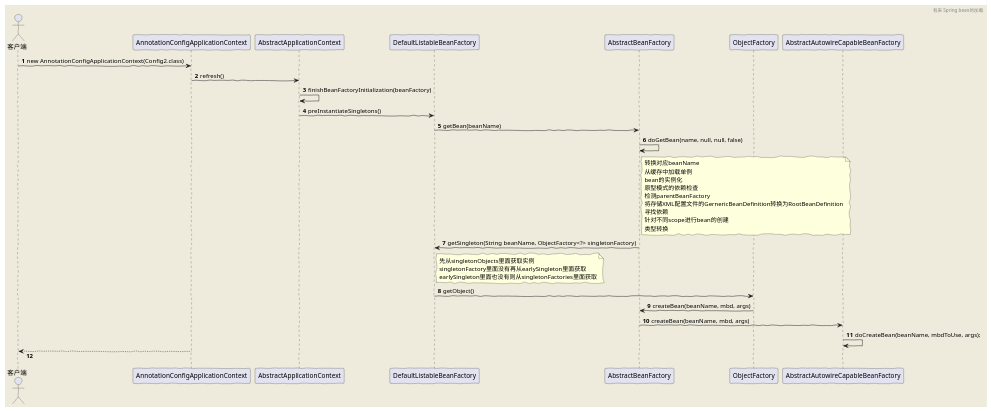
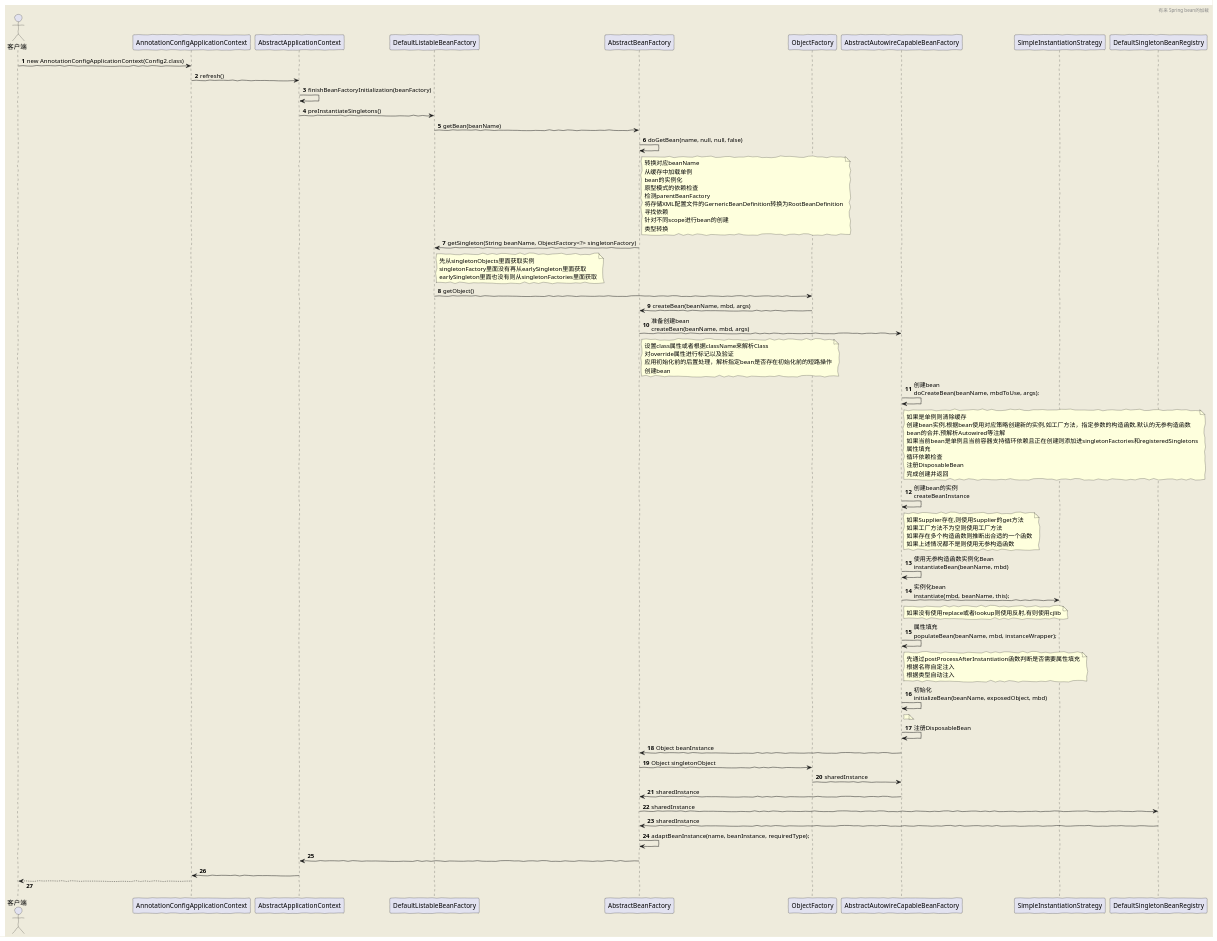
Before and after one commit to youlaitech/youlai-mall: the diagram in youlai-laboratory/src/main/java/com/youlai/laboratory/spring/bean/getBean.puml, drawn with PlantUML.

Commit message:
fix(youlai-laboratory-spring): 修改getBean流程图2
修改getBean流程图2

```diff
--- a/youlai-laboratory/src/main/java/com/youlai/laboratory/spring/bean/getBean.puml
+++ b/youlai-laboratory/src/main/java/com/youlai/laboratory/spring/bean/getBean.puml
@@ -2,44 +2,97 @@
 @startuml
 autonumber
 'https://plantuml.com/sequence-diagram
 skinparam backgroundColor #EEEBDC
 skinparam handwritten true
 skinparam responseMessageBelowArrow true
 header 有来 Spring bean的加载
 
 actor 客户端
 
 客户端 -> AnnotationConfigApplicationContext:new AnnotationConfigApplicationContext(Config2.class)
 AnnotationConfigApplicationContext->AbstractApplicationContext:refresh()
 AbstractApplicationContext->AbstractApplicationContext:finishBeanFactoryInitialization(beanFactory)
 AbstractApplicationContext->DefaultListableBeanFactory:preInstantiateSingletons()
 DefaultListableBeanFactory->AbstractBeanFactory:getBean(beanName)
 
 AbstractBeanFactory->AbstractBeanFactory:doGetBean(name, null, null, false)
 
 note right of AbstractBeanFactory
 转换对应beanName
 从缓存中加载单例
 bean的实例化
 原型模式的依赖检查
 检测parentBeanFactory
 将存储XML配置文件的GernericBeanDefinition转换为RootBeanDefinition
 寻找依赖
 针对不同scope进行bean的创建
 类型转换
 end note
 AbstractBeanFactory-> DefaultListableBeanFactory:getSingleton(String beanName, ObjectFactory<?> singletonFactory)
 note right of DefaultListableBeanFactory
 先从singletonObjects里面获取实例
 singletonFactory里面没有再从earlySingleton里面获取
 earlySingleton里面也没有则从singletonFactories里面获取
 end note
 DefaultListableBeanFactory->ObjectFactory:getObject()
 ObjectFactory->AbstractBeanFactory:createBean(beanName, mbd, args)
-AbstractBeanFactory->AbstractAutowireCapableBeanFactory:createBean(beanName, mbd, args)
-AbstractAutowireCapableBeanFactory->AbstractAutowireCapableBeanFactory:doCreateBean(beanName, mbdToUse, args);
+AbstractBeanFactory->AbstractAutowireCapableBeanFactory:准备创建bean\ncreateBean(beanName, mbd, args)
+note right of AbstractBeanFactory
+设置class属性或者根据className来解析Class
+对override属性进行标记以及验证
+应用初始化前的后置处理，解析指定bean是否存在初始化前的短路操作
+创建bean
+end note
+AbstractAutowireCapableBeanFactory->AbstractAutowireCapableBeanFactory:创建bean\ndoCreateBean(beanName, mbdToUse, args);
+note right of AbstractAutowireCapableBeanFactory
+如果是单例则清除缓存
+创建bean实例,根据bean使用对应策略创建新的实例,如工厂方法，指定参数的构造函数,默认的无参构造函数
+bean的合并,预解析Autowired等注解
+如果当前bean是单例且当前容器支持循环依赖且正在创建则添加进singletonFactories和registeredSingletons
+属性填充
+循环依赖检查
+注册DisposableBean
+完成创建并返回
+end note
+AbstractAutowireCapableBeanFactory->AbstractAutowireCapableBeanFactory:创建bean的实例\ncreateBeanInstance
+note right of AbstractAutowireCapableBeanFactory
+如果Supplier存在,则使用Supplier的get方法
+如果工厂方法不为空则使用工厂方法
+如果存在多个构造函数则推断出合适的一个函数
+如果上述情况都不是则使用无参构造函数
+end note
+AbstractAutowireCapableBeanFactory->AbstractAutowireCapableBeanFactory:使用无参构造函数实例化Bean\ninstantiateBean(beanName, mbd)
+AbstractAutowireCapableBeanFactory->SimpleInstantiationStrategy:实例化bean\ninstantiate(mbd, beanName, this);
+note right of AbstractAutowireCapableBeanFactory
+如果没有使用replace或者lookup则使用反射,有则使用cjlib
+end note
+
+AbstractAutowireCapableBeanFactory->AbstractAutowireCapableBeanFactory:属性填充\npopulateBean(beanName, mbd, instanceWrapper);
+note right of AbstractAutowireCapableBeanFactory
+先通过postProcessAfterInstantiation函数判断是否需要属性填充
+根据名称自定注入
+根据类型自动注入
+end note
+AbstractAutowireCapableBeanFactory->AbstractAutowireCapableBeanFactory:初始化\ninitializeBean(beanName, exposedObject, mbd)
+note right of AbstractAutowireCapableBeanFactory
+
+end note
+AbstractAutowireCapableBeanFactory->AbstractAutowireCapableBeanFactory:注册DisposableBean
 
 
 
+AbstractAutowireCapableBeanFactory->AbstractBeanFactory:Object beanInstance
+
+AbstractBeanFactory->ObjectFactory:Object singletonObject
+
+ObjectFactory->AbstractAutowireCapableBeanFactory:sharedInstance
+
+AbstractAutowireCapableBeanFactory->AbstractBeanFactory:sharedInstance
+AbstractBeanFactory->DefaultSingletonBeanRegistry:sharedInstance
+DefaultSingletonBeanRegistry->AbstractBeanFactory:sharedInstance
+AbstractBeanFactory->AbstractBeanFactory:adaptBeanInstance(name, beanInstance, requiredType);
+AbstractBeanFactory->AbstractApplicationContext
+AbstractApplicationContext->AnnotationConfigApplicationContext
+
 客户端 <--AnnotationConfigApplicationContext
 @enduml
```
